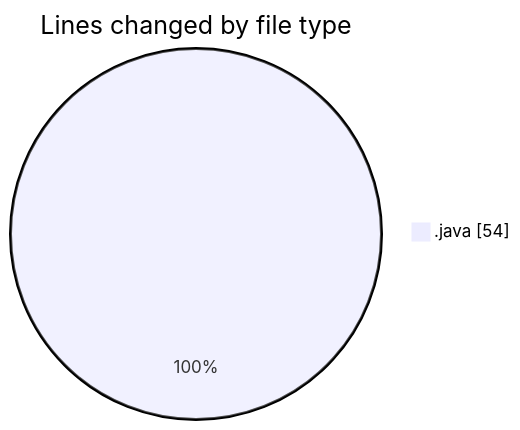
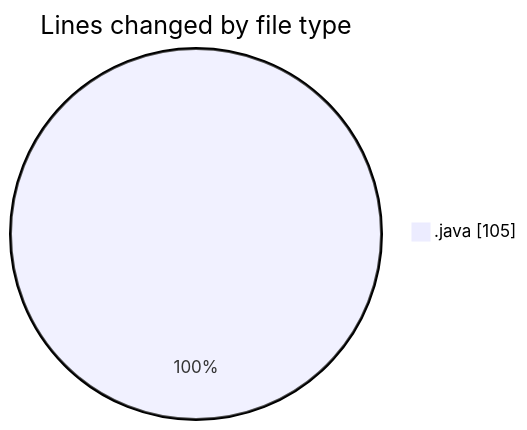
The first of 2 diagrams in 2025-03-11/inventor/README.md (NitaiMahat/code-tracking), drawn with Mermaid before and after one commit. The commit also changed other lines of this file and 1 other file, not shown here.

````diff
--- a/2025-03-11/inventor/README.md
+++ b/2025-03-11/inventor/README.md
@@ -20,5 +21,5 @@
 ```mermaid
 pie showData
 title Lines changed by file type
-".java" : 54
+".java" : 105
 ```
````
